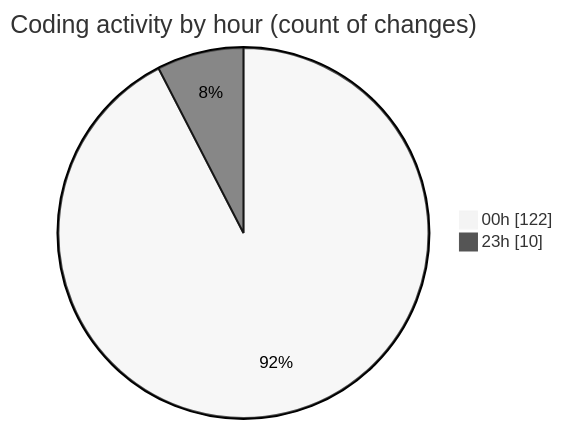
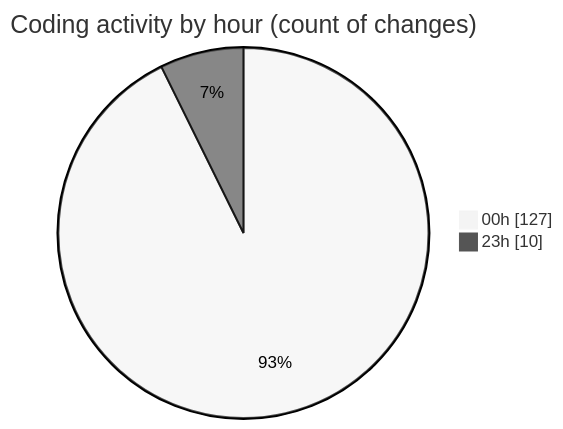
One commit to Ritupan-Deka/code-tracking changed the second of 2 diagrams in 2025-07-18/mern-workoutboard/README.md. Above: the diagram before and after it, drawn with Mermaid (neutral theme). The commit also changed other lines of this file and 1 other file, not shown here.

````diff
--- a/2025-07-18/mern-workoutboard/README.md
+++ b/2025-07-18/mern-workoutboard/README.md
@@ -32,6 +32,6 @@
 ```mermaid
 pie showData
 title Coding activity by hour (count of changes)
-"00h" : 122
+"00h" : 127
 "23h" : 10
 ```
````
